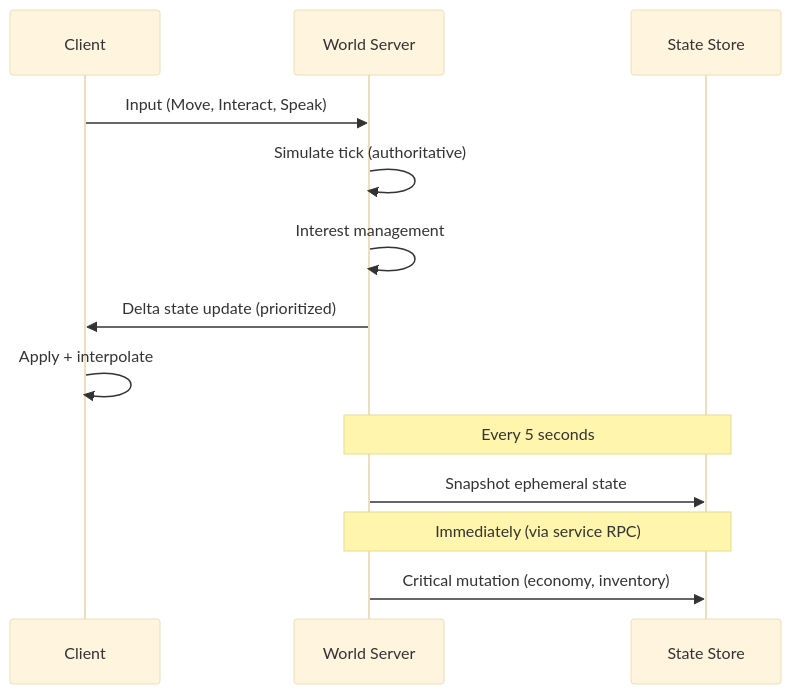
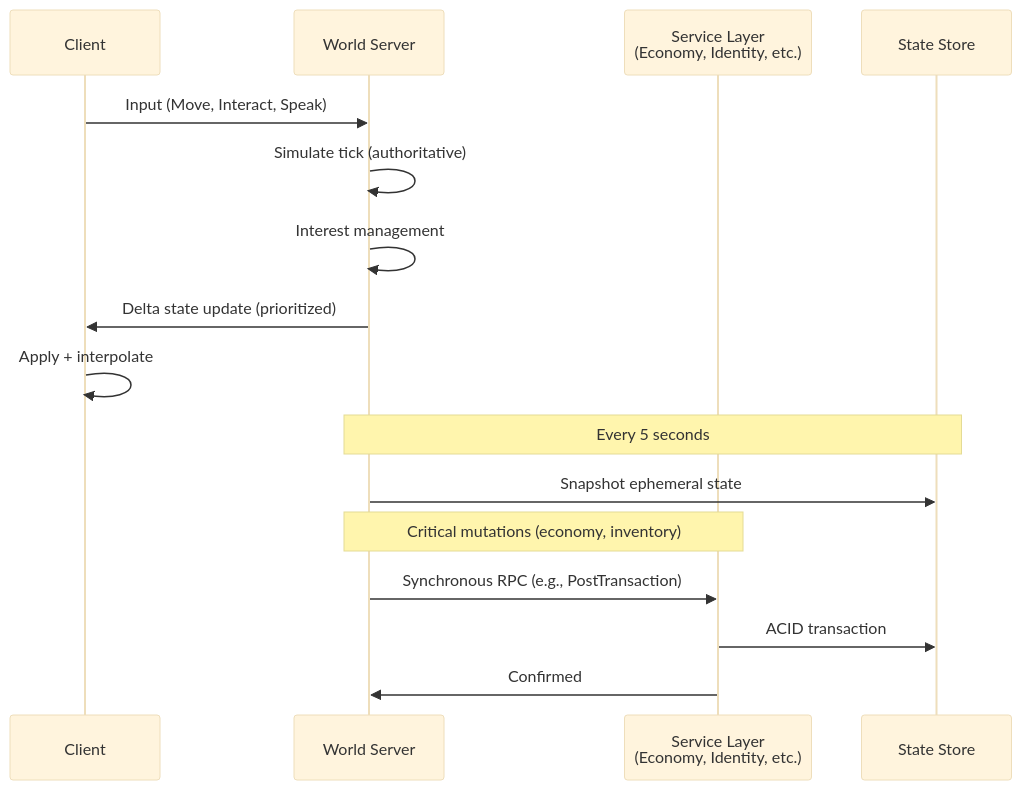
One commit to rhoninl/Aether changed diagram 11 of 29 in docs/design/DESIGN.md. Above: the diagram before and after it, drawn with Mermaid (base theme). The commit also changed other lines of this file, not shown here.

````diff
--- a/docs/design/DESIGN.md
+++ b/docs/design/DESIGN.md
@@ -452,18 +452,21 @@
 ```mermaid
 sequenceDiagram
     participant Client as Client
     participant Server as World Server
+    participant Svc as Service Layer<br/>(Economy, Identity, etc.)
     participant DB as State Store
 
     Client->>Server: Input (Move, Interact, Speak)
     Server->>Server: Simulate tick (authoritative)
     Server->>Server: Interest management
     Server->>Client: Delta state update (prioritized)
     Client->>Client: Apply + interpolate
 
     Note over Server,DB: Every 5 seconds
     Server->>DB: Snapshot ephemeral state
 
-    Note over Server,DB: Immediately (via service RPC)
-    Server->>DB: Critical mutation (economy, inventory)
+    Note over Server,Svc: Critical mutations (economy, inventory)
+    Server->>Svc: Synchronous RPC (e.g., PostTransaction)
+    Svc->>DB: ACID transaction
+    Svc->>Server: Confirmed
 ```
````
